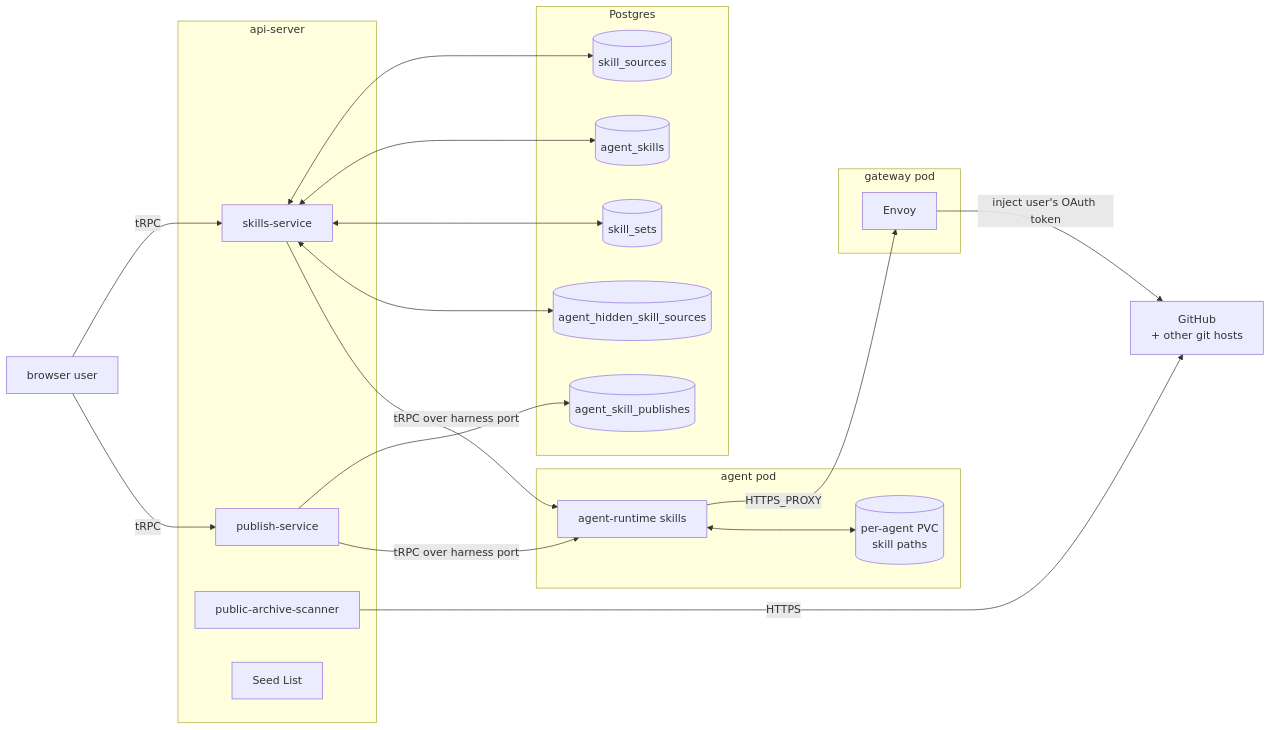
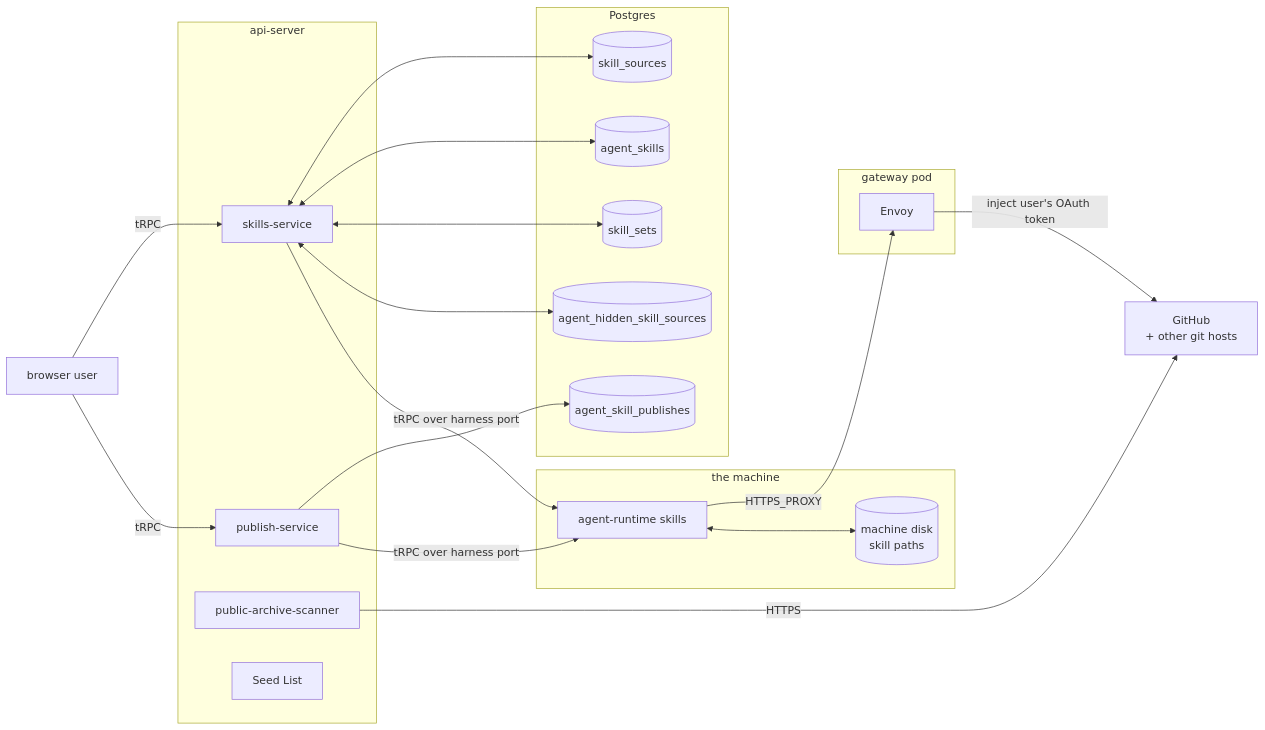
The first of 3 diagrams in docs/architecture/skills.md (dam-agents/dam), drawn with Mermaid before and after one commit. The commit also changed other lines of this file and 53 other files, not shown here.

````diff
--- a/docs/architecture/skills.md
+++ b/docs/architecture/skills.md
@@ -24,46 +24,46 @@
 ```mermaid
 flowchart LR
   user[browser user]
   github[GitHub<br/>+ other git hosts]
 
   subgraph api-server[api-server]
     skills-svc[skills-service]
     pub-svc[publish-service]
     scanner[public-archive-scanner]
     seeds[Seed List]
   end
 
   subgraph postgres[Postgres]
     src[(skill_sources)]
     inst[(agent_skills)]
     pubs[(agent_skill_publishes)]
     sets[(skill_sets)]
     hidden[(agent_hidden_skill_sources)]
   end
 
-  subgraph pod[agent pod]
+  subgraph machine[the machine]
     rt-skills[agent-runtime skills]
-    pvc[(per-agent PVC<br/>skill paths)]
+    disk[(machine disk<br/>skill paths)]
   end
 
   subgraph gateway[gateway pod]
     envoy[Envoy]
   end
 
   user -->|tRPC| skills-svc
   user -->|tRPC| pub-svc
 
   skills-svc <--> src
   skills-svc <--> inst
   skills-svc <--> sets
   skills-svc <--> hidden
   pub-svc --> pubs
 
   scanner -->|HTTPS| github
   skills-svc -->|tRPC over harness port| rt-skills
   pub-svc -->|tRPC over harness port| rt-skills
 
   rt-skills -->|HTTPS_PROXY| envoy
   envoy -->|inject user's OAuth token| github
-  rt-skills <--> pvc
+  rt-skills <--> disk
 ```
````
